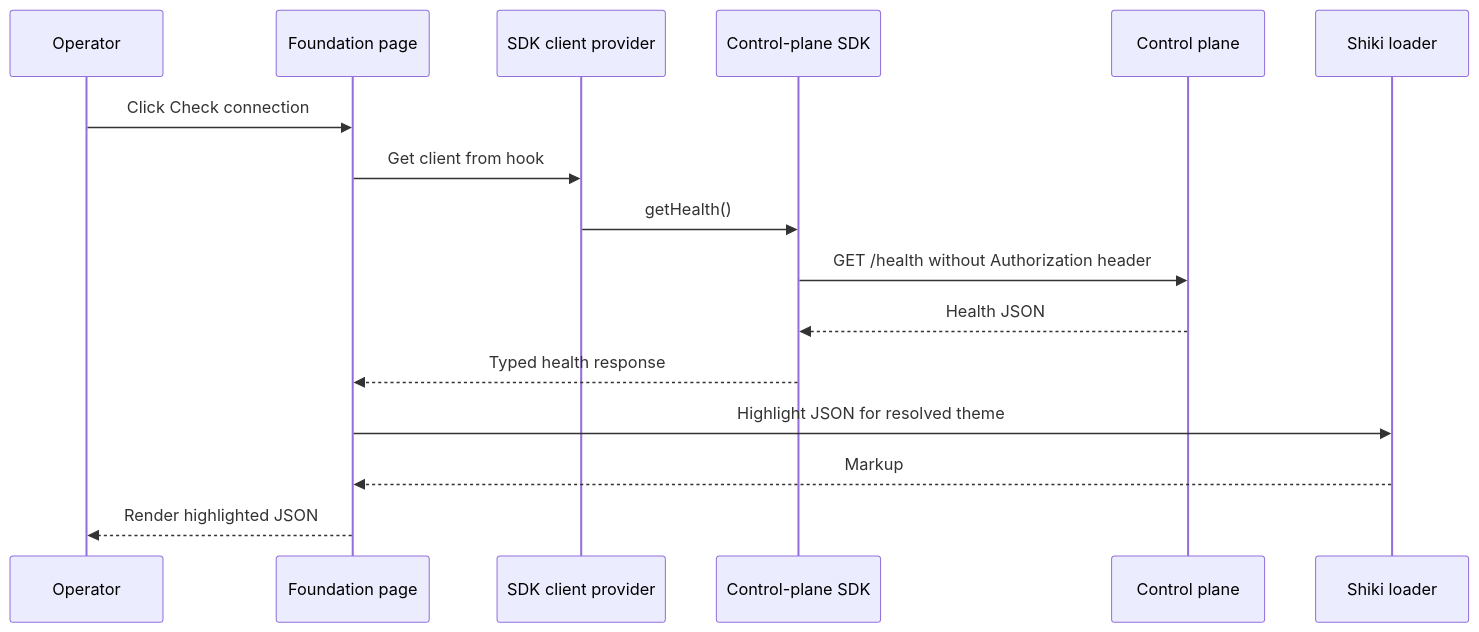
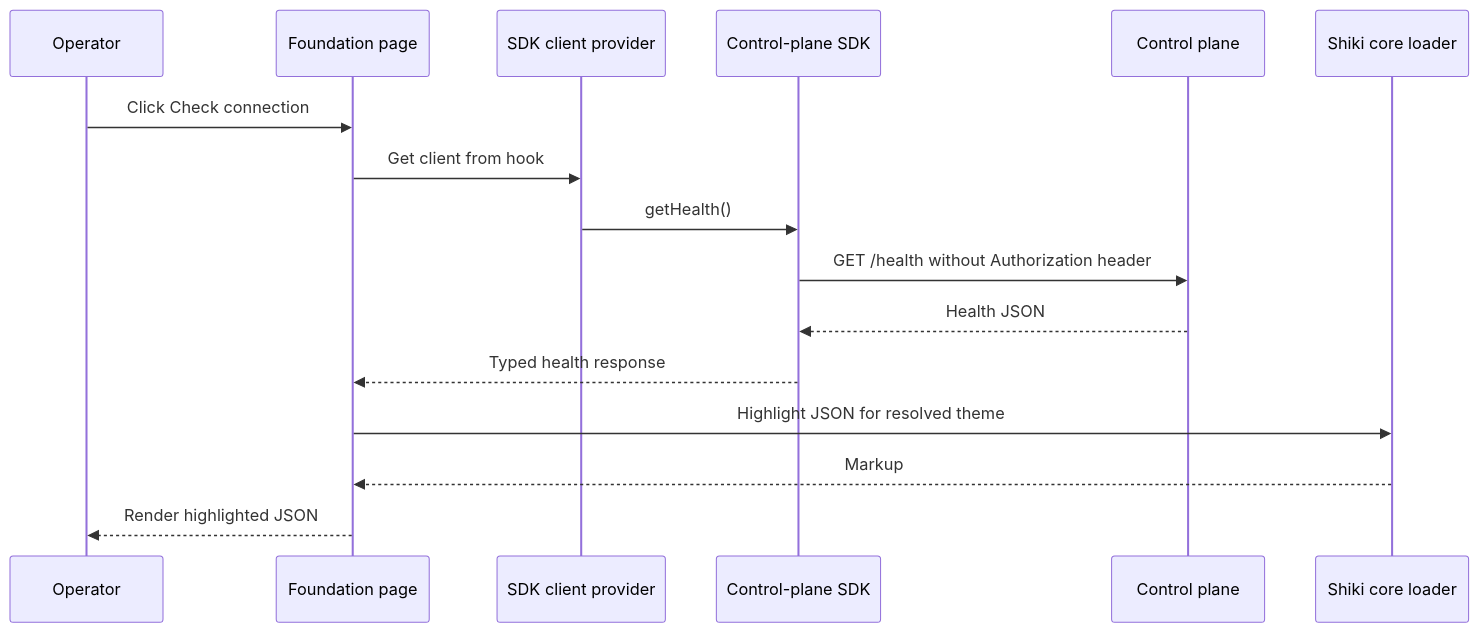
One commit to markdstafford/autocatalyst changed the fifth of 6 diagrams in context-human/specs/feature-web-app-foundation.md. Above: the diagram before and after it, drawn with Mermaid. The commit also changed other lines of this file, not shown here.

````diff
--- a/context-human/specs/feature-web-app-foundation.md
+++ b/context-human/specs/feature-web-app-foundation.md
@@ -261,19 +262,19 @@
 ```mermaid
 sequenceDiagram
     participant O as Operator
     participant Page as Foundation page
     participant Provider as SDK client provider
     participant SDK as Control-plane SDK
     participant API as Control plane
-    participant Highlighter as Shiki loader
+    participant Highlighter as Shiki core loader
 
     O->>Page: Click Check connection
     Page->>Provider: Get client from hook
     Provider->>SDK: getHealth()
     SDK->>API: GET /health without Authorization header
     API-->>SDK: Health JSON
     SDK-->>Page: Typed health response
     Page->>Highlighter: Highlight JSON for resolved theme
     Highlighter-->>Page: Markup
     Page-->>O: Render highlighted JSON
 ```
````
